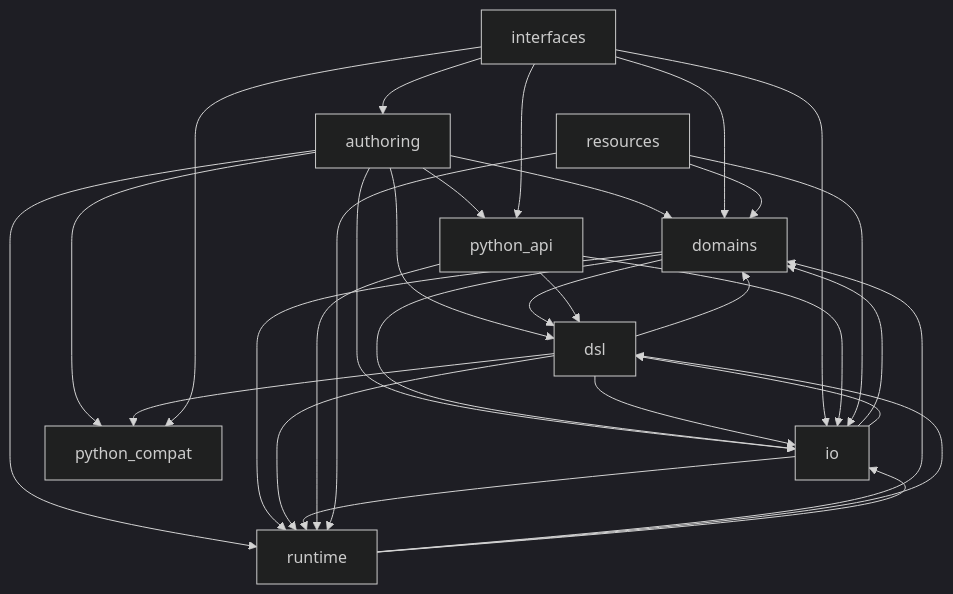
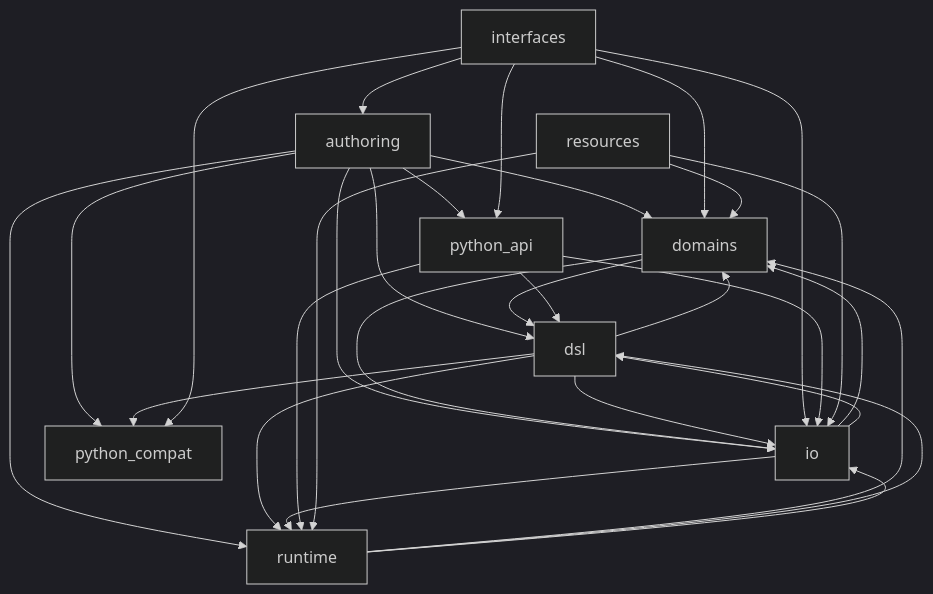
One commit to rapiddweller/datamimic changed the second of 2 diagrams in docs/architecture/refactoring-study/experiment-2/target-architecture.md. Above: the diagram before and after it, drawn with Mermaid (dark theme). The commit also changed 17 other files, not shown here.

````diff
--- a/docs/architecture/refactoring-study/experiment-2/target-architecture.md
+++ b/docs/architecture/refactoring-study/experiment-2/target-architecture.md
@@ -74,33 +74,32 @@
 ```mermaid
 graph TD
     authoring --> domains
     authoring --> dsl
     authoring --> io
     authoring --> python_api
     authoring --> python_compat
     authoring --> runtime
     domains --> dsl
     domains --> io
-    domains --> runtime
     dsl --> domains
     dsl --> io
     dsl --> python_compat
     dsl --> runtime
     interfaces --> authoring
     interfaces --> domains
     interfaces --> io
     interfaces --> python_api
     interfaces --> python_compat
     io --> domains
     io --> dsl
     io --> runtime
     python_api --> dsl
     python_api --> io
     python_api --> runtime
     resources --> domains
     resources --> io
     resources --> runtime
     runtime --> domains
     runtime --> dsl
     runtime --> io
 ```
````
